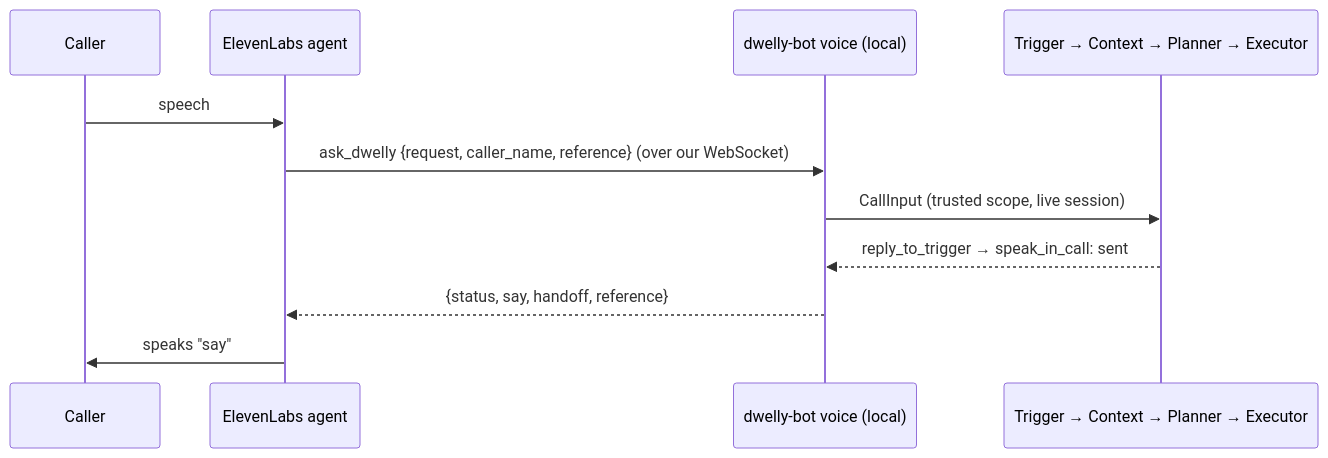
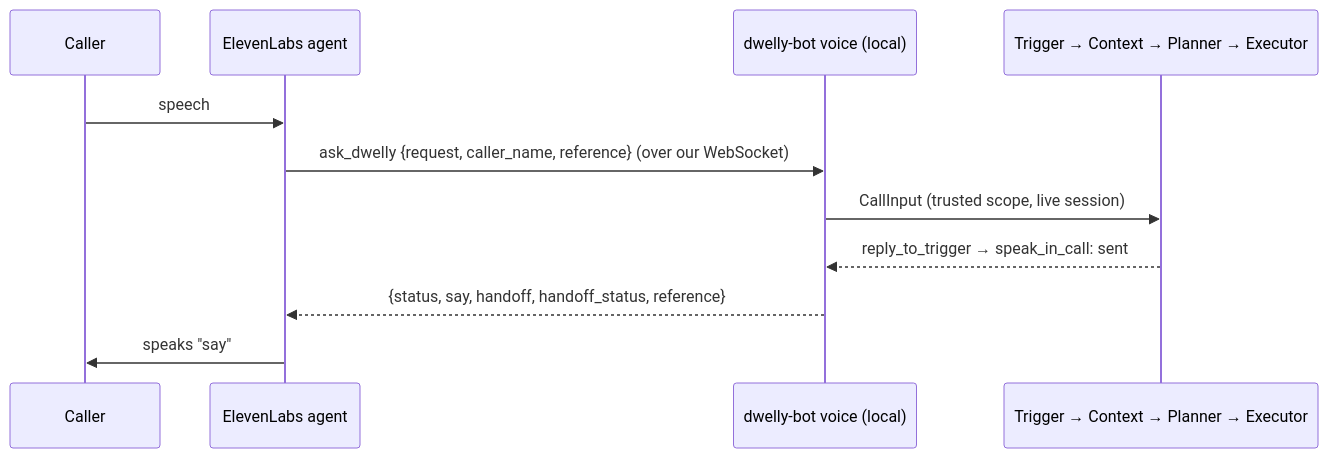
Before and after one commit to xmanatee/dwelly-hack-2026: the diagram in examples/voice/README.md, drawn with Mermaid. The commit also changed other lines of this file and 2 other files, not shown here.

Commit message:
Make voice demo status truthful and record second component audit

````diff
--- a/examples/voice/README.md
+++ b/examples/voice/README.md
@@ -10,13 +10,13 @@
 ```mermaid
 sequenceDiagram
     participant C as Caller
     participant E as ElevenLabs agent
     participant B as dwelly-bot voice (local)
     participant P as Trigger → Context → Planner → Executor
     C->>E: speech
     E->>B: ask_dwelly {request, caller_name, reference} (over our WebSocket)
     B->>P: CallInput (trusted scope, live session)
     P-->>B: reply_to_trigger → speak_in_call: sent
-    B-->>E: {status, say, handoff, reference}
+    B-->>E: {status, say, handoff, handoff_status, reference}
     E->>C: speaks "say"
 ```
````
